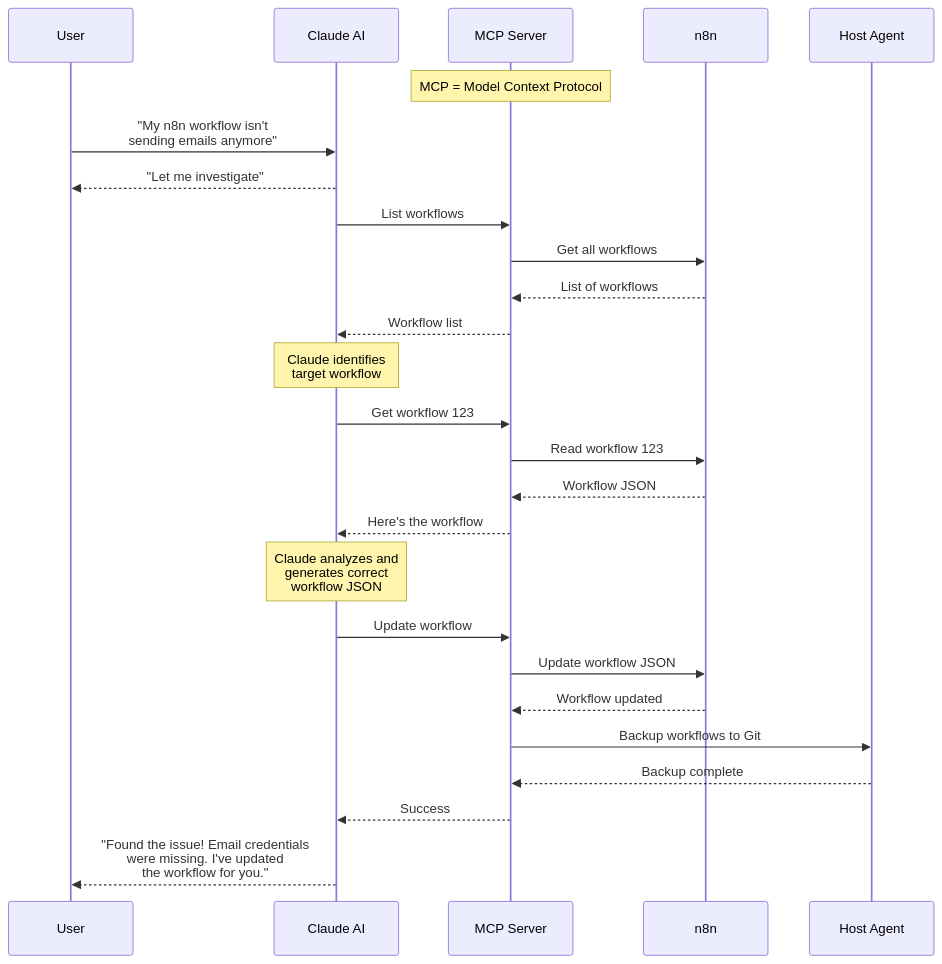
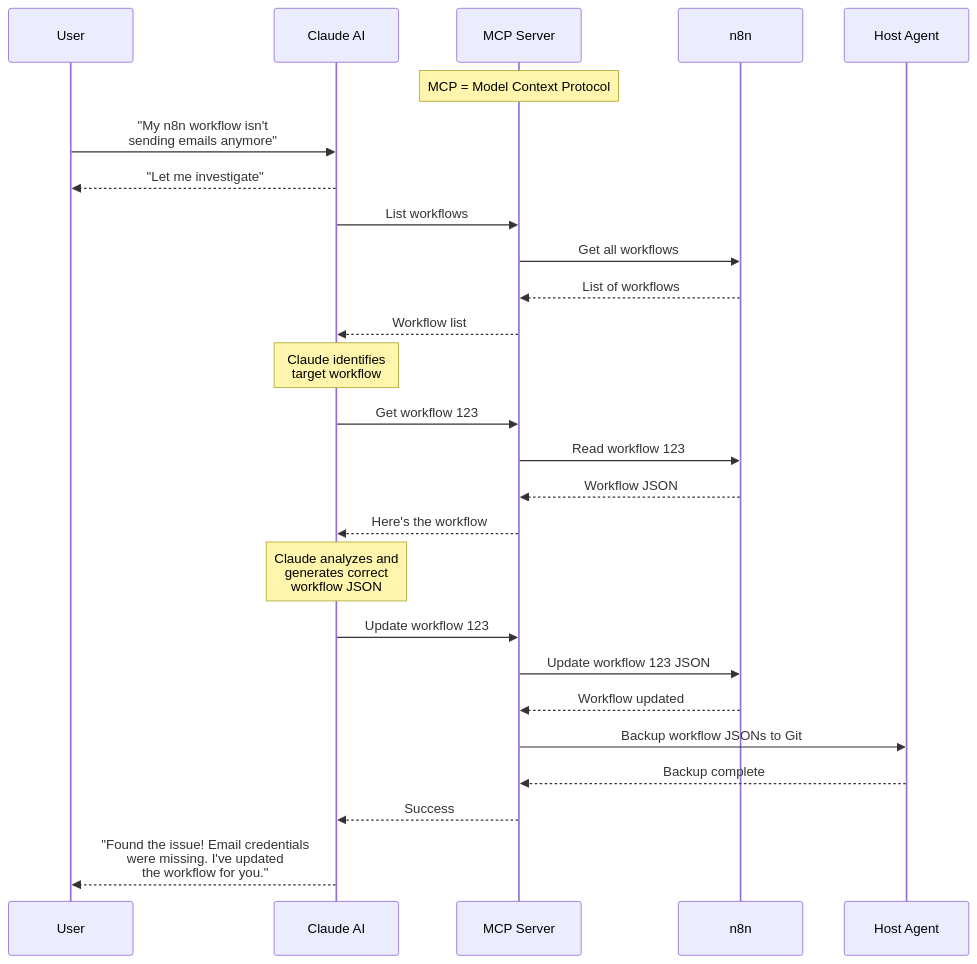
The first of 2 diagrams in ai-dev-server/README.md (alderaan/vps), drawn with Mermaid before and after one commit.

Commit message:
smaller changes to mermaid

````diff
--- a/ai-dev-server/README.md
+++ b/ai-dev-server/README.md
@@ -17,36 +17,36 @@
 ```mermaid
 sequenceDiagram
     participant User as User
     participant Local as Claude AI
     participant Remote as MCP Server
     participant N8N as n8n
     participant Host as Host Agent
 
     Note over Remote: MCP = Model Context Protocol
     
     User->>Local: "My n8n workflow isn't<br/>sending emails anymore"
     Local-->>User: "Let me investigate"
     
     Local->>Remote: List workflows
     Remote->>N8N: Get all workflows
     N8N-->>Remote: List of workflows
     Remote-->>Local: Workflow list
     
     Note over Local: Claude identifies<br/>target workflow
     
     Local->>Remote: Get workflow 123
     Remote->>N8N: Read workflow 123
     N8N-->>Remote: Workflow JSON
     Remote-->>Local: Here's the workflow
     
     Note over Local: Claude analyzes and<br/>generates correct<br/>workflow JSON
     
-    Local->>Remote: Update workflow
-    Remote->>N8N: Update workflow JSON
+    Local->>Remote: Update workflow 123
+    Remote->>N8N: Update workflow 123 JSON
     N8N-->>Remote: Workflow updated
-    Remote->>Host: Backup workflows to Git
+    Remote->>Host: Backup workflow JSONs to Git
     Host-->>Remote: Backup complete
     Remote-->>Local: Success
     
     Local-->>User: "Found the issue! Email credentials<br/>were missing. I've updated<br/>the workflow for you."
 ```
````
